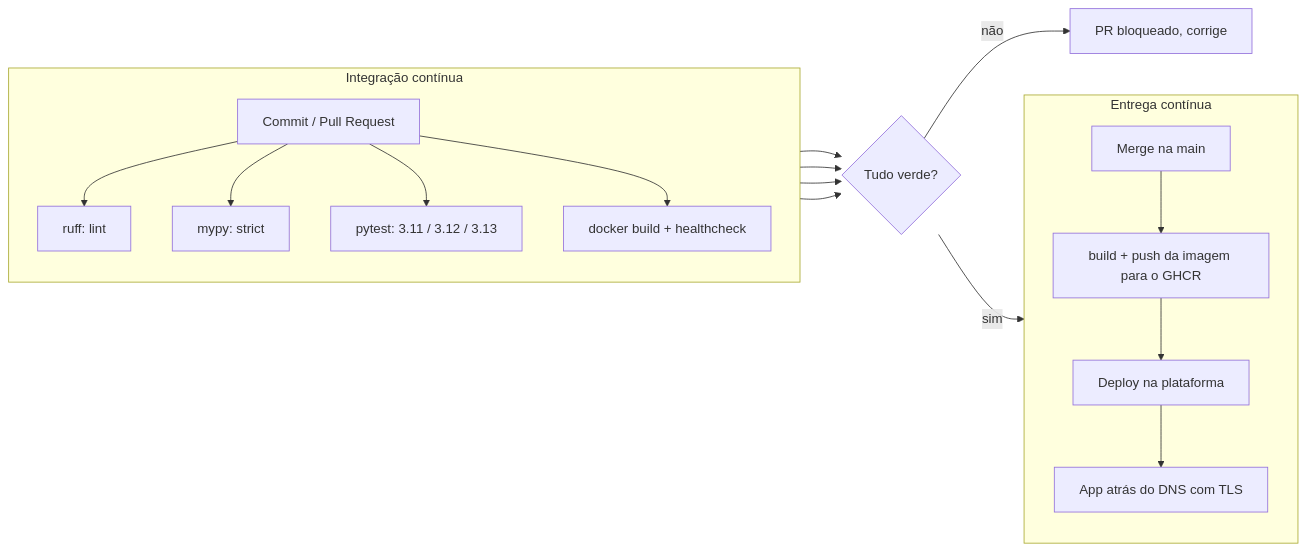
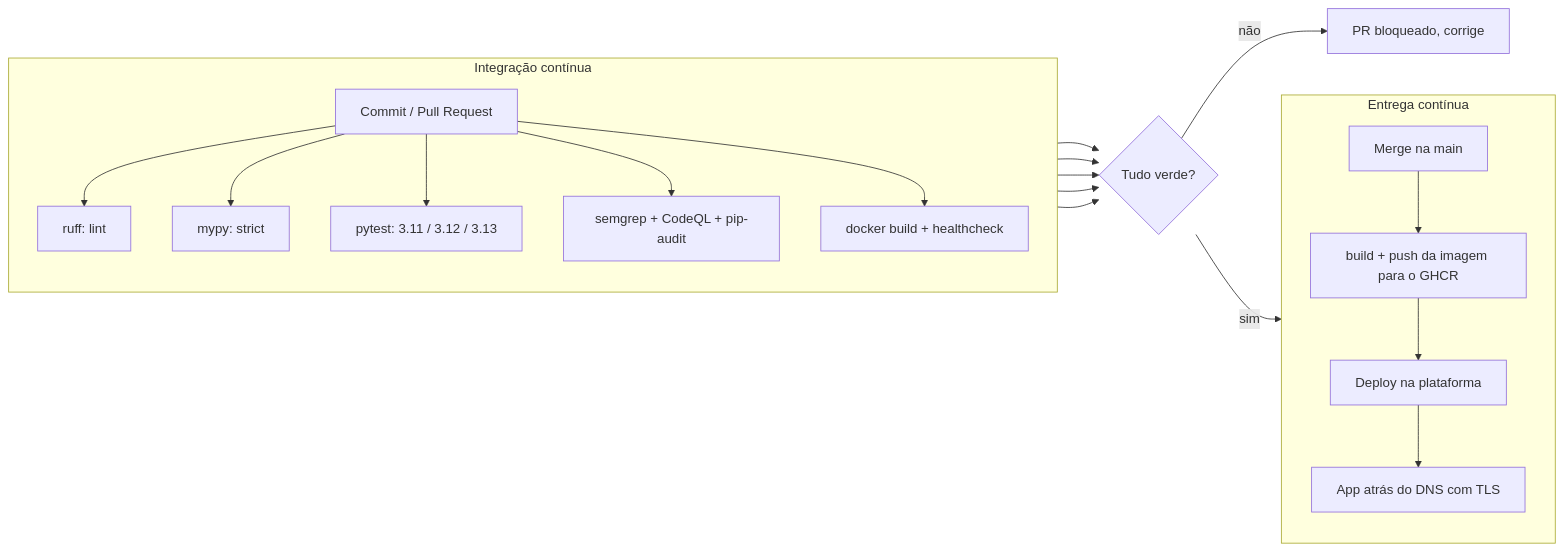
The diagram in docs/ci-cd.md (JulianoVinceCampos/iam-governance-lab-web), drawn with Mermaid before and after one commit. The commit also changed other lines of this file and 6 other files, not shown here.

````diff
--- a/docs/ci-cd.md
+++ b/docs/ci-cd.md
@@ -8,25 +8,27 @@
 ```mermaid
 flowchart LR
     subgraph CI[Integração contínua]
         direction TB
         commit[Commit / Pull Request] --> lint[ruff: lint]
         commit --> types[mypy: strict]
         commit --> test[pytest: 3.11 / 3.12 / 3.13]
+        commit --> sec[semgrep + CodeQL + pip-audit]
         commit --> image[docker build + healthcheck]
     end
 
     lint --> gate{Tudo verde?}
     types --> gate
     test --> gate
+    sec --> gate
     image --> gate
 
     gate -- não --> stop[PR bloqueado, corrige]
     gate -- sim --> merge[Merge na main]
 
     subgraph CD[Entrega contínua]
         direction TB
         merge --> publish[build + push da imagem para o GHCR]
         publish --> deploy[Deploy na plataforma]
         deploy --> live[App atrás do DNS com TLS]
     end
 ```
````
